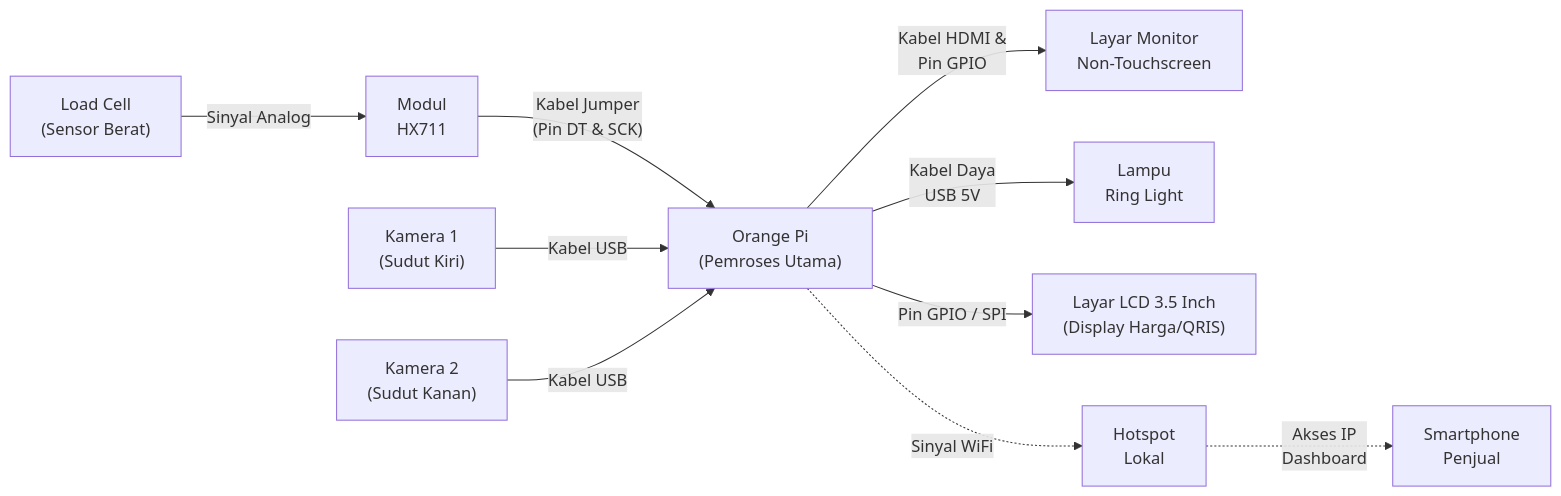
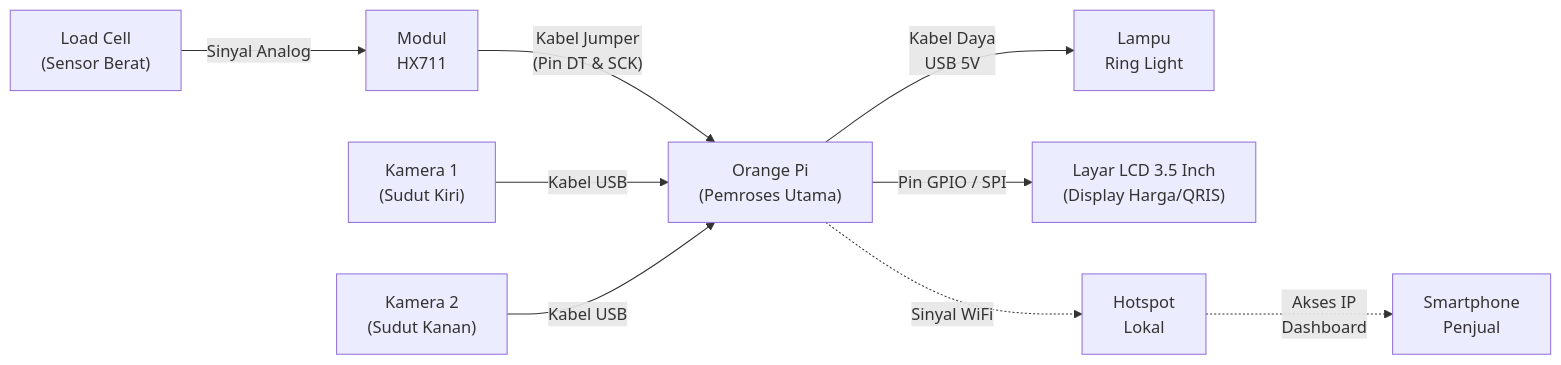
The diagram in docs/HARDWARE_ARCHITECTURE.md (Mahardika-Ramadhana/dish-counter-apparatus), drawn with Mermaid before and after one commit. The commit also changed other lines of this file, not shown here.

Commit message:
docs: remove external monitor, use only 3.5 inch LCD

````diff
--- a/docs/HARDWARE_ARCHITECTURE.md
+++ b/docs/HARDWARE_ARCHITECTURE.md
@@ -7,40 +7,38 @@
 ```mermaid
 flowchart LR
     %% Komponen Input (Sebelah Kiri)
     LoadCell["Load Cell<br>(Sensor Berat)"]
     HX711["Modul<br>HX711"]
     
     Kamera1["Kamera 1<br>(Sudut Kiri)"]
     Kamera2["Kamera 2<br>(Sudut Kanan)"]
 
     %% Pusat Pemrosesan (Tengah)
     OrangePi["Orange Pi<br>(Pemroses Utama)"]
 
     %% Komponen Output (Sebelah Kanan)
-    Monitor["Layar Monitor<br>Non-Touchscreen"]
     RingLight["Lampu<br>Ring Light"]
     LCD35["Layar LCD 3.5 Inch<br>(Display Harga/QRIS)"]
     
     %% Jaringan (Kanan Bawah)
     Hotspot["Hotspot<br>Lokal"]
     Smartphone["Smartphone<br>Penjual"]
 
     %% --- Jalur Koneksi ---
 
     %% Timbangan
     LoadCell -- "Sinyal Analog" --> HX711
     HX711 -- "Kabel Jumper<br>(Pin DT & SCK)" --> OrangePi
 
     %% Kamera (2 Buah)
     Kamera1 -- "Kabel USB" --> OrangePi
     Kamera2 -- "Kabel USB" --> OrangePi
 
     %% Output Fisik
-    OrangePi -- "Kabel HDMI &<br>Pin GPIO" --> Monitor
     OrangePi -- "Kabel Daya<br>USB 5V" --> RingLight
     OrangePi -- "Pin GPIO / SPI" --> LCD35
 
     %% Output Jaringan
     OrangePi -. "Sinyal WiFi" .-> Hotspot
     Hotspot -. "Akses IP<br>Dashboard" .-> Smartphone
 ```
````
